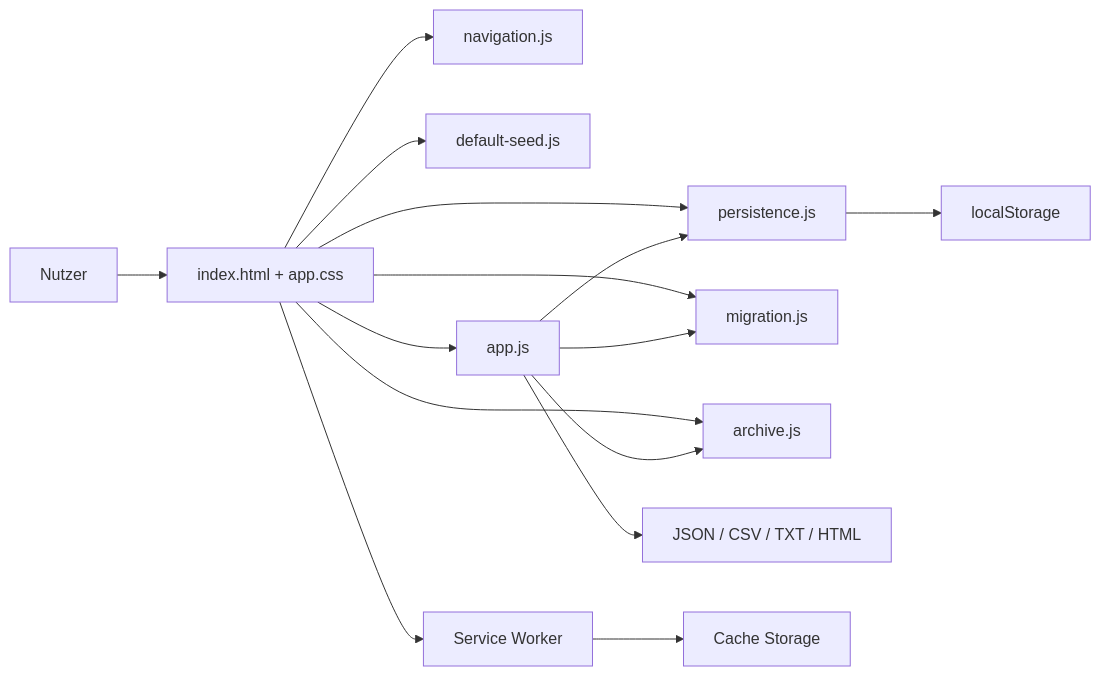
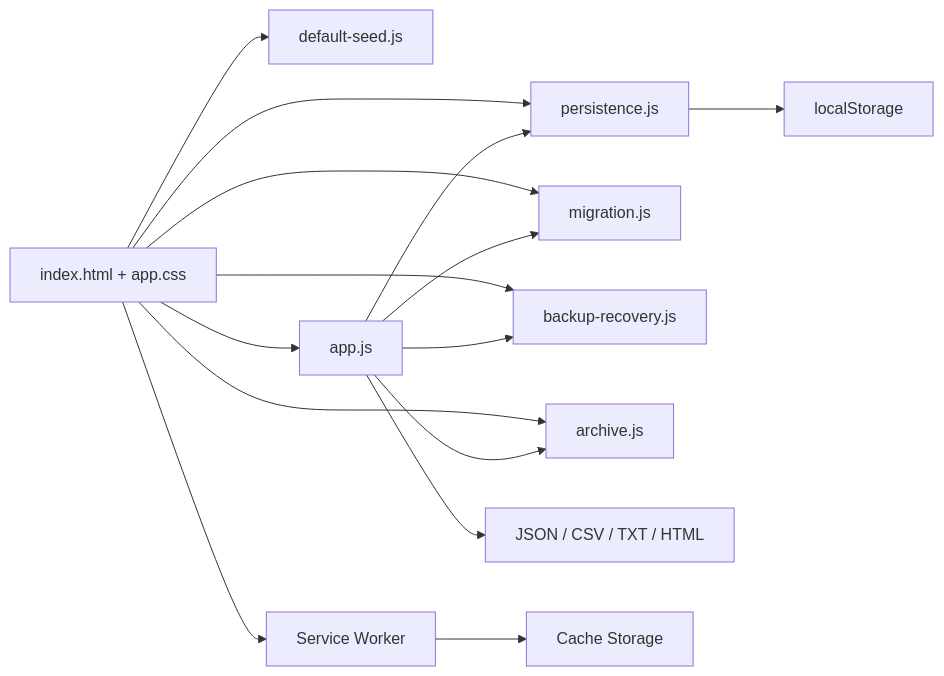
One commit to cz100000/NK-Pro changed the first of 3 diagrams in ARCHITECTURE.md. Above: the diagram before and after it, drawn with Mermaid. The commit also changed other lines of this file and 80 other files, not shown here.

````diff
--- a/ARCHITECTURE.md
+++ b/ARCHITECTURE.md
@@ -12,17 +12,17 @@
 ```mermaid
 flowchart LR
-  U[Nutzer] --> UI[index.html + app.css]
-  UI --> NAV[navigation.js]
-  UI --> PM[persistence.js]
-  UI --> MM[migration.js]
-  UI --> AM[archive.js]
-  UI --> SEED[default-seed.js]
+  UI[index.html + app.css] --> P[persistence.js]
+  UI --> M[migration.js]
+  UI --> B[backup-recovery.js]
+  UI --> A[archive.js]
+  UI --> S[default-seed.js]
   UI --> APP[app.js]
-  APP --> PM
-  APP --> MM
-  APP --> AM
-  PM --> LS[localStorage]
+  APP --> P
+  APP --> M
+  APP --> B
+  APP --> A
+  P --> LS[localStorage]
   APP --> FILES[JSON / CSV / TXT / HTML]
   UI --> SW[Service Worker]
   SW --> CACHE[Cache Storage]
 ```
````
